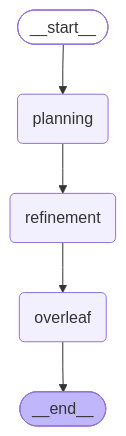
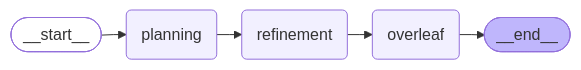
One commit to flatala/langgraph-research changed the diagram in graph_diagrams/main_graph.mmd. Above: the diagram before and after it, drawn with Mermaid. The commit also changed 9 other files, not shown here.

Commit message:
reposition graphs

```diff
--- a/graph_diagrams/main_graph.mmd
+++ b/graph_diagrams/main_graph.mmd
@@ -1,18 +1,20 @@
 ---
 config:
   flowchart:
     curve: linear
+    nodeSpacing: 15
+    rankSpacing: 25
 ---
-graph TD;
+graph LR;
 	__start__([<p>__start__</p>]):::first
 	planning(planning)
 	refinement(refinement)
 	overleaf(overleaf)
 	__end__([<p>__end__</p>]):::last
 	__start__ --> planning;
 	planning --> refinement;
 	refinement --> overleaf;
 	overleaf --> __end__;
 	classDef default fill:#f2f0ff,line-height:1.2
 	classDef first fill-opacity:0
 	classDef last fill:#bfb6fc
```
